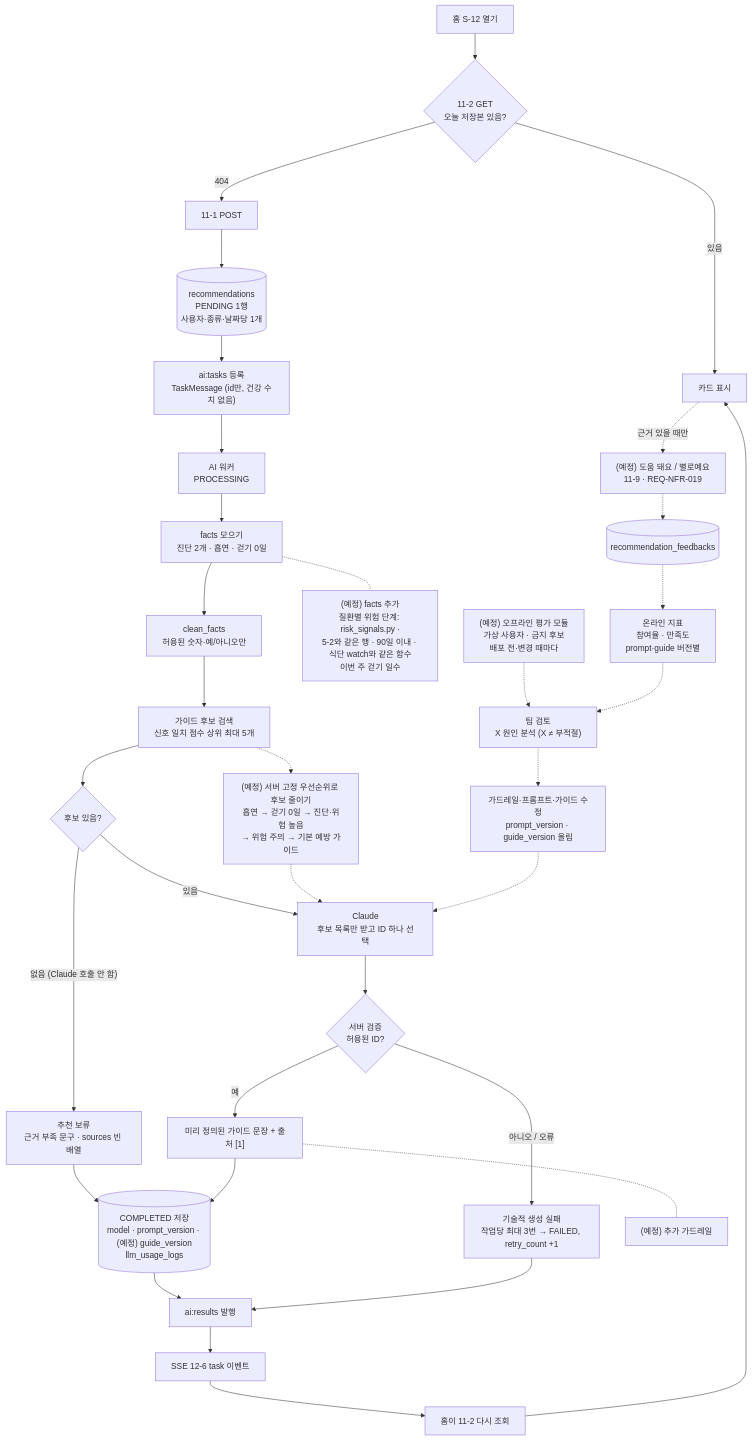
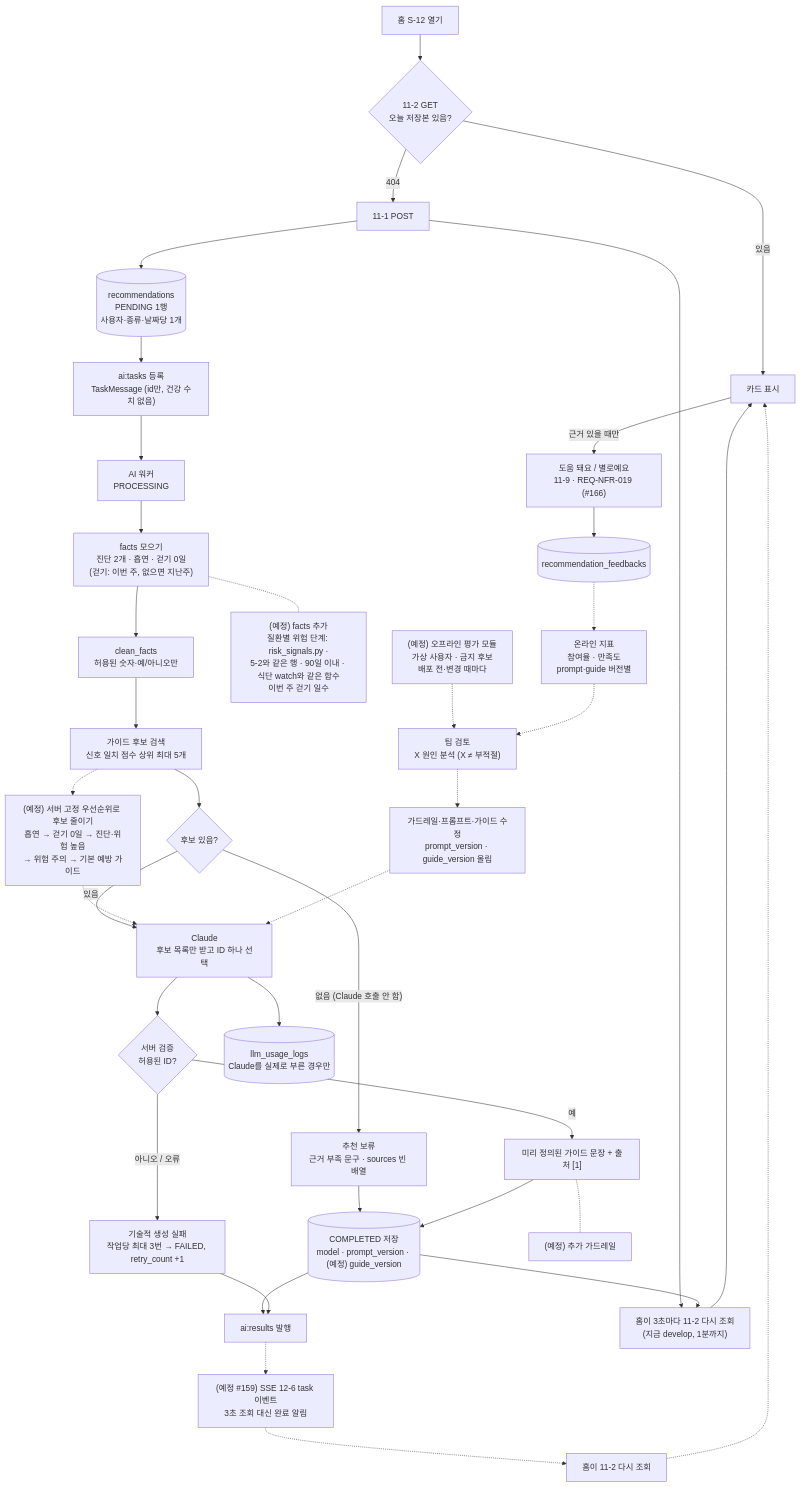
Before and after one commit to AI-HealthCare-07/pair2care: the first of 3 diagrams in docs/llm-pipeline.md, drawn with Mermaid. The commit also changed other lines of this file, not shown here.

Commit message:
docs: llm-pipeline 민준 리뷰 반영 (지금은 3초 조회·SSE는 #159 뒤, 걷기 이번 주→지난주, 사용량 로그는 Claude 호출 때만, 피드백 #166 실선)

````diff
--- a/docs/llm-pipeline.md
+++ b/docs/llm-pipeline.md
@@ -16,36 +16,40 @@
 ```mermaid
 flowchart TD
     A["홈 S-12 열기"] --> B{"11-2 GET<br/>오늘 저장본 있음?"}
     B -- 있음 --> Z["카드 표시"]
     B -- "404" --> C["11-1 POST"]
     C --> D[("recommendations<br/>PENDING 1행<br/>사용자·종류·날짜당 1개")]
     D --> E["ai:tasks 등록<br/>TaskMessage (id만, 건강 수치 없음)"]
     E --> F["AI 워커<br/>PROCESSING"]
-    F --> G["facts 모으기<br/>진단 2개 · 흡연 · 걷기 0일"]
+    F --> G["facts 모으기<br/>진단 2개 · 흡연 · 걷기 0일<br/>(걷기: 이번 주, 없으면 지난주)"]
     G --> H["clean_facts<br/>허용된 숫자·예/아니오만"]
     H --> I["가이드 후보 검색<br/>신호 일치 점수 상위 최대 5개"]
     I --> J{"후보 있음?"}
     J -- "없음 (Claude 호출 안 함)" --> K["추천 보류<br/>근거 부족 문구 · sources 빈 배열"]
     J -- 있음 --> L["Claude<br/>후보 목록만 받고 ID 하나 선택"]
     L --> M{"서버 검증<br/>허용된 ID?"}
+    L --> UL[("llm_usage_logs<br/>Claude를 실제로 부른 경우만")]
     M -- "아니오 / 오류" --> N["기술적 생성 실패<br/>작업당 최대 3번 → FAILED, retry_count +1"]
     M -- 예 --> O["미리 정의된 가이드 문장 + 출처 [1]"]
-    K --> P[("COMPLETED 저장<br/>model · prompt_version · (예정) guide_version<br/>llm_usage_logs")]
+    K --> P[("COMPLETED 저장<br/>model · prompt_version · (예정) guide_version")]
     O --> P
     P --> Q["ai:results 발행"]
     N --> Q
-    Q --> R["SSE 12-6 task 이벤트"]
-    R --> S["홈이 11-2 다시 조회"]
-    S --> Z
+    C --> PO["홈이 3초마다 11-2 다시 조회<br/>(지금 develop, 1분까지)"]
+    P --> PO
+    PO --> Z
+    Q -.-> R["(예정 #159) SSE 12-6 task 이벤트<br/>3초 조회 대신 완료 알림"]
+    R -.-> S["홈이 11-2 다시 조회"]
+    S -.-> Z
     G -.- FX["(예정) facts 추가<br/>질환별 위험 단계: risk_signals.py ·<br/>5-2와 같은 행 · 90일 이내 · 식단 watch와 같은 함수<br/>이번 주 걷기 일수"]
     I -.-> PR["(예정) 서버 고정 우선순위로 후보 줄이기<br/>흡연 → 걷기 0일 → 진단·위험 높음<br/>→ 위험 주의 → 기본 예방 가이드"]
     PR -.-> L
     O -.- GD["(예정) 추가 가드레일"]
-    Z -.->|"근거 있을 때만"| T["(예정) 도움 돼요 / 별로예요<br/>11-9 · REQ-NFR-019"]
-    T -.-> U[("recommendation_feedbacks")]
+    Z -->|"근거 있을 때만"| T["도움 돼요 / 별로예요<br/>11-9 · REQ-NFR-019 (#166)"]
+    T --> U[("recommendation_feedbacks")]
     U -.-> V["온라인 지표<br/>참여율 · 만족도<br/>prompt·guide 버전별"]
     OF["(예정) 오프라인 평가 모듈<br/>가상 사용자 · 금지 후보<br/>배포 전·변경 때마다"] -.-> TR
     V -.-> TR["팀 검토<br/>X 원인 분석 (X ≠ 부적절)"]
     TR -.-> GR["가드레일·프롬프트·가이드 수정<br/>prompt_version · guide_version 올림"]
     GR -.-> L
 ```
````
